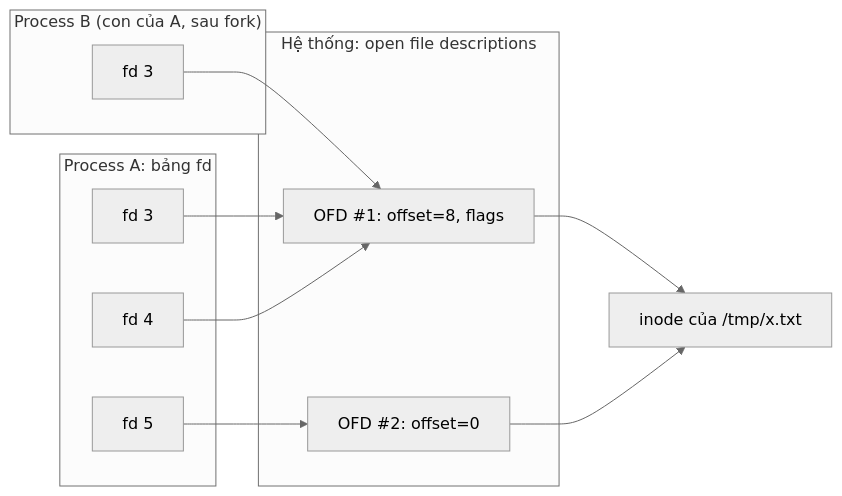
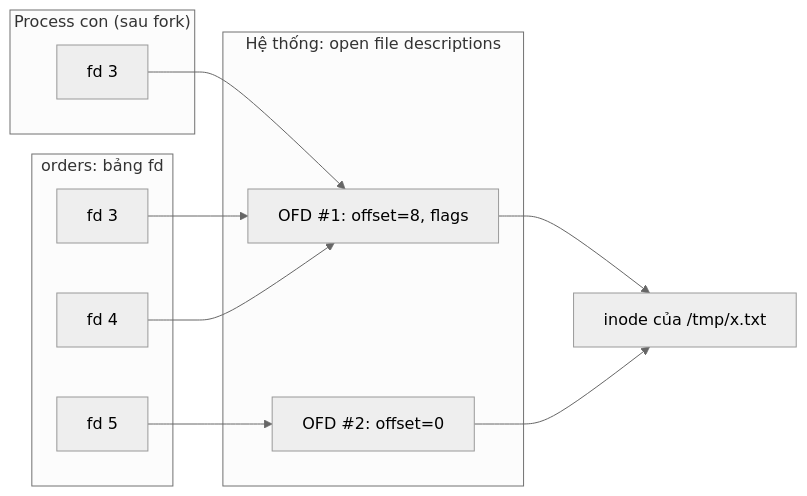
The first of 2 diagrams in docs/01-linux/04-file-descriptor-va-vfs.md (pirumu/irust), drawn with Mermaid (neutral theme) before and after one commit. The commit also changed other lines of this file and 27 other files, not shown here.

````diff
--- a/docs/01-linux/04-file-descriptor-va-vfs.md
+++ b/docs/01-linux/04-file-descriptor-va-vfs.md
@@ -37,20 +39,20 @@
 ```mermaid
 flowchart LR
-  subgraph PA["Process A: bảng fd"]
+  subgraph PA["orders: bảng fd"]
     a3["fd 3"]; a4["fd 4"]; a5["fd 5"]
   end
-  subgraph PB["Process B (con của A, sau fork)"]
+  subgraph PB["Process con (sau fork)"]
     b3["fd 3"]
   end
   subgraph SYS["Hệ thống: open file descriptions"]
     o1["OFD #1: offset=8, flags"]
     o2["OFD #2: offset=0"]
   end
   I["inode của /tmp/x.txt"]
   a3 --> o1
   a4 --> o1
   b3 --> o1
   a5 --> o2
   o1 --> I
   o2 --> I
 ```
````
